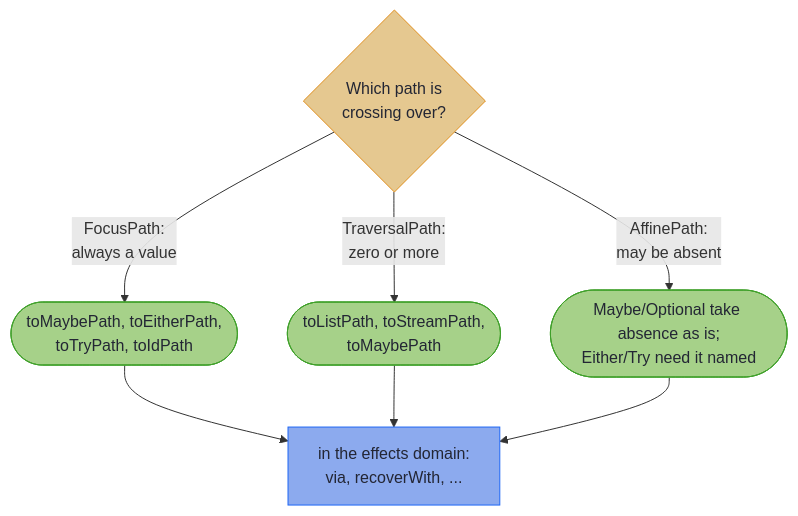
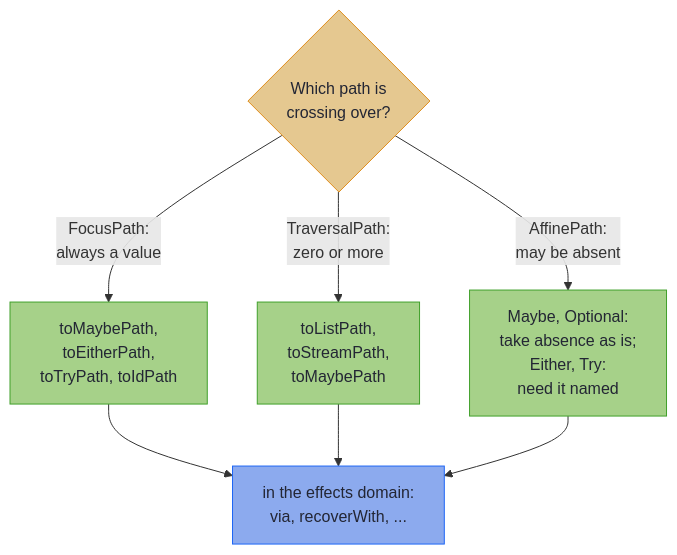
One commit to higher-kinded-j/higher-kinded-j.github.io changed the diagram in latest/optics/focus_effects.md. Above: the diagram before and after it, drawn with Mermaid. The commit also changed 55 other files, not shown here.

````diff
--- a/latest/optics/focus_effects.md
+++ b/latest/optics/focus_effects.md
@@ -155,17 +155,19 @@
 ```mermaid
 flowchart TD
+    accTitle: Crossing from a Focus path into an effect
+    accDescr: A FocusPath, always a value, crosses with toMaybePath, toEitherPath, toTryPath or toIdPath. A TraversalPath, zero or more, crosses with toListPath, toStreamPath or toMaybePath. An AffinePath, which may be absent, crosses into Maybe or Optional as it is, while Either and Try need the absent case named. All three arrive in the effects domain, where via and recoverWith apply.
     P{"Which path is<br/>crossing over?"}
-    P -->|"FocusPath:<br/>always a value"| S(["toMaybePath, toEitherPath,<br/>toTryPath, toIdPath"])
-    P -->|"TraversalPath:<br/>zero or more"| L(["toListPath, toStreamPath,<br/>toMaybePath"])
-    P -->|"AffinePath:<br/>may be absent"| N(["Maybe/Optional take absence as is;<br/>Either/Try need it named"])
+    P -->|"FocusPath:<br/>always a value"| S["toMaybePath,<br/>toEitherPath,<br/>toTryPath, toIdPath"]
+    P -->|"TraversalPath:<br/>zero or more"| L["toListPath,<br/>toStreamPath,<br/>toMaybePath"]
+    P -->|"AffinePath:<br/>may be absent"| N["Maybe, Optional:<br/>take absence as is;<br/>Either, Try:<br/>need it named"]
     S --> E["in the effects domain:<br/>via, recoverWith, ..."]
     L --> E
     N --> E
 
     classDef decision fill:#e5c890,stroke:#df8e1d,color:#232634
     classDef tier fill:#a6d189,stroke:#40a02b,color:#232634
     classDef wire fill:#8caaee,stroke:#1e66f5,color:#232634
     class P decision
     class S,L,N tier
     class E wire
 ```
````
